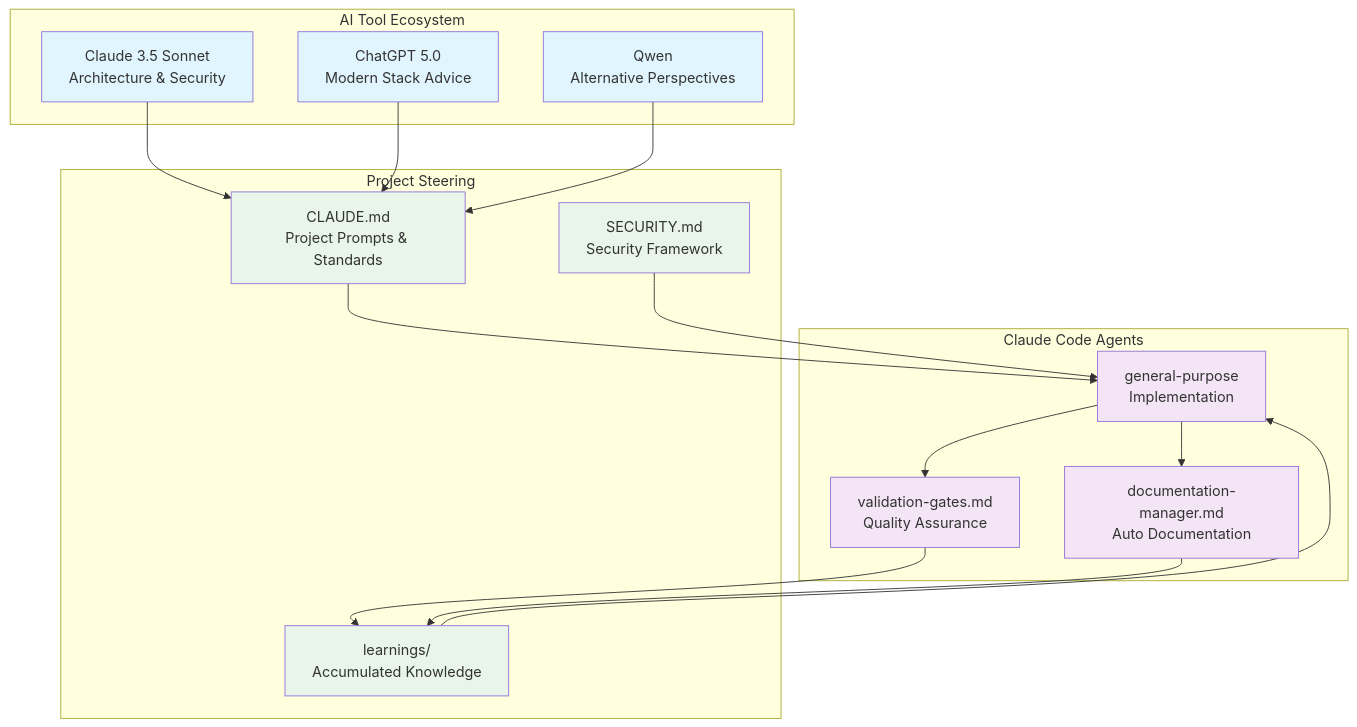
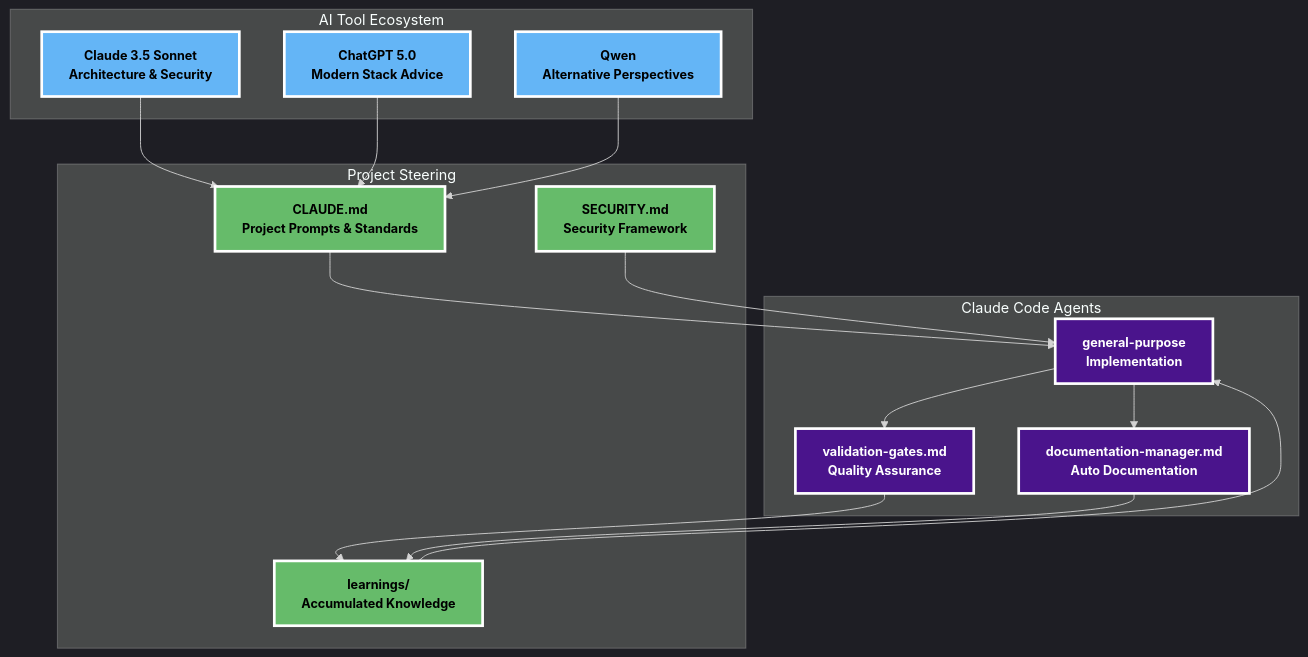
The third of 3 diagrams in docs/AI_DEVELOPMENT_DOCUMENTATION.md (shiyun-ho/report-card), drawn with Mermaid before and after one commit. The commit also changed other lines of this file, not shown here.

First line of the commit message:
Improve Mermaid diagram contrast for dark mode

````diff
--- a/docs/AI_DEVELOPMENT_DOCUMENTATION.md
+++ b/docs/AI_DEVELOPMENT_DOCUMENTATION.md
@@ -139,39 +141,40 @@
 ```mermaid
+%%{init: {'theme':'dark'}}%%
 graph TB
     subgraph AI["AI Tool Ecosystem"]
         A["Claude 3.5 Sonnet<br/>Architecture & Security"]
         B["ChatGPT 5.0<br/>Modern Stack Advice"]
         C["Qwen<br/>Alternative Perspectives"]
     end
 
     subgraph CC["Claude Code Agents"]
         D["validation-gates.md<br/>Quality Assurance"]
         E["documentation-manager.md<br/>Auto Documentation"]
         F["general-purpose<br/>Implementation"]
     end
 
     subgraph PS["Project Steering"]
         G["CLAUDE.md<br/>Project Prompts & Standards"]
         H["SECURITY.md<br/>Security Framework"]
         I["learnings/<br/>Accumulated Knowledge"]
     end
 
     A --> G
     B --> G  
     C --> G
     G --> F
     H --> F
     I --> F
     F --> D
     F --> E
     D --> I
     E --> I
 
-    classDef aiExternal fill:#e1f5fe
-    classDef aiAgent fill:#f3e5f5
-    classDef knowledge fill:#e8f5e8
+    classDef aiExternal fill:#64b5f6,stroke:#ffffff,stroke-width:3px,color:#000000,font-weight:bold,font-size:14px
+    classDef aiAgent fill:#4a148c,stroke:#ffffff,stroke-width:3px,color:#ffffff,font-weight:bold,font-size:14px
+    classDef knowledge fill:#66bb6a,stroke:#ffffff,stroke-width:3px,color:#000000,font-weight:bold,font-size:14px
 
     class A,B,C aiExternal
     class D,E,F aiAgent
     class G,H,I knowledge
 ```
````
